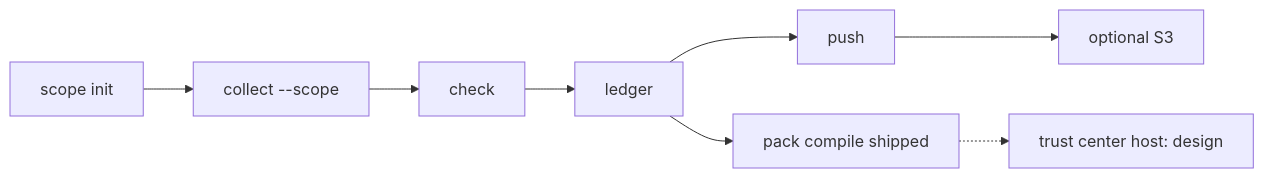
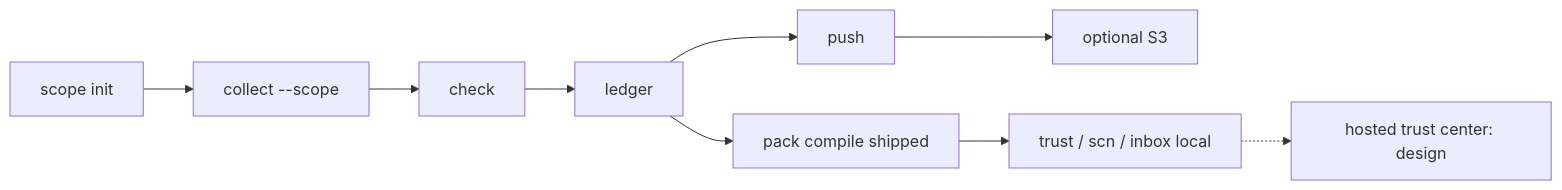
Before and after one commit to kfcain/beacon: the diagram in README.md, drawn with Mermaid. The commit also changed other lines of this file and 13 other files, not shown here.

First line of the commit message:
Add local trust-center export, SCN drafts, and inbox intake.

````diff
--- a/README.md
+++ b/README.md
@@ -9,6 +9,7 @@
 ```mermaid
 flowchart LR
   scope["scope init"] --> collect["collect --scope"] --> check["check"] --> ledger["ledger"] --> push["push"] --> lake["optional S3"]
   ledger --> compile["pack compile shipped"]
-  compile -.-> later["trust center host: design"]
+  compile --> trust["trust / scn / inbox local"]
+  trust -.-> later["hosted trust center: design"]
 ```
````
